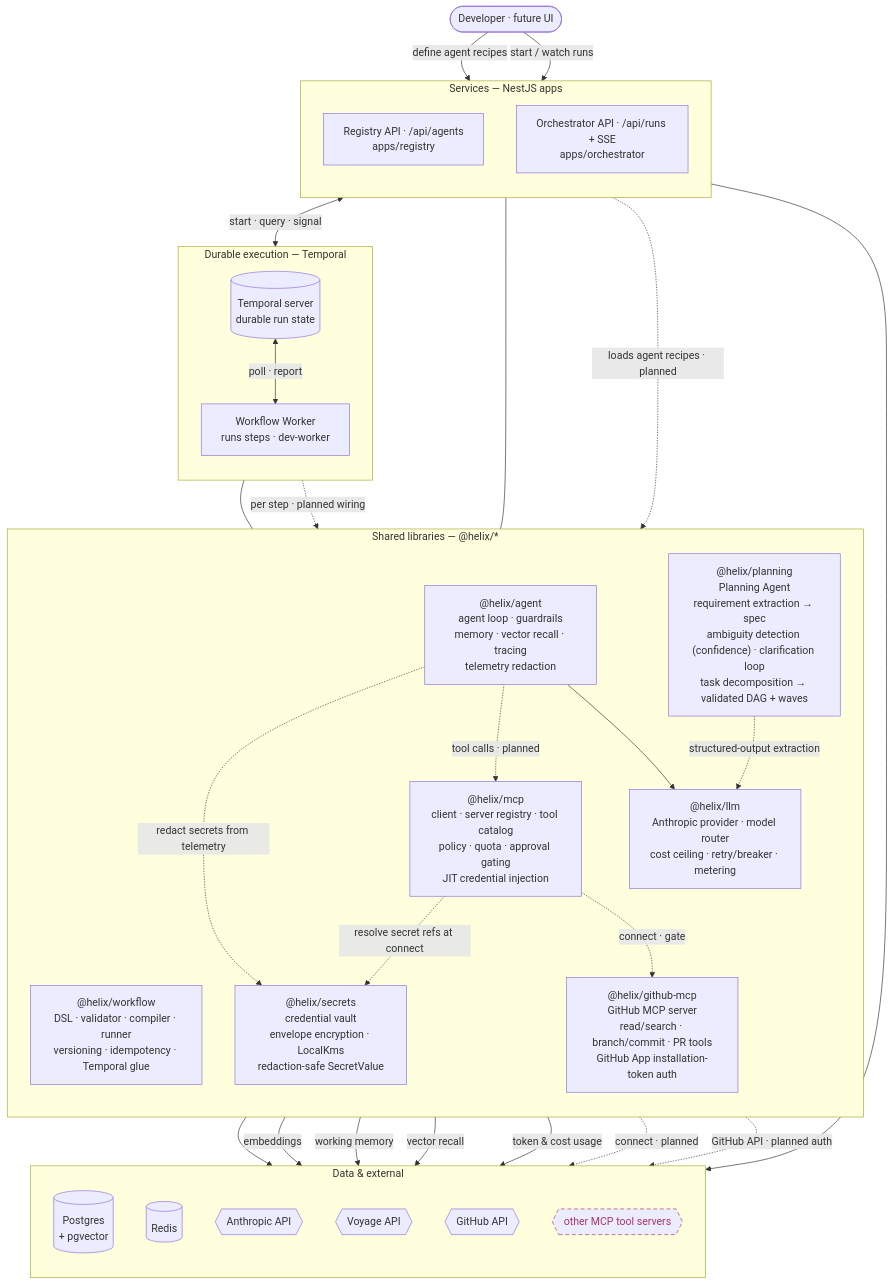
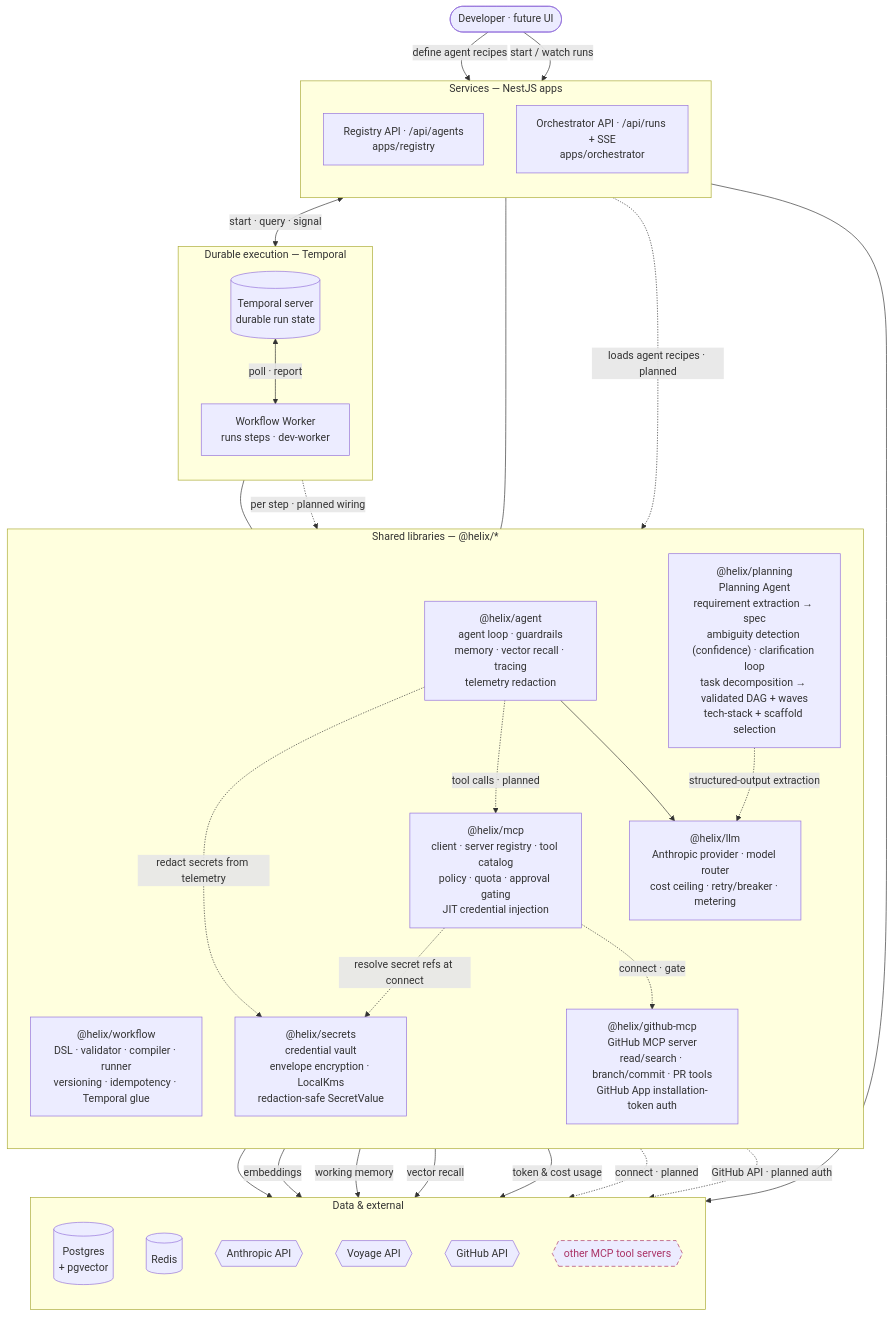
One commit to shhashhank/helix changed the first of 2 diagrams in docs/ARCHITECTURE.md. Above: the diagram before and after it, drawn with Mermaid. The commit also changed 4 other files, not shown here.

First line of the commit message:
HELIX-98: tech-stack / scaffold selection (#59)

````diff
--- a/docs/ARCHITECTURE.md
+++ b/docs/ARCHITECTURE.md
@@ -16,63 +16,63 @@
 ```mermaid
 flowchart TB
   user([Developer · future UI])
 
   subgraph svc["Services — NestJS apps"]
     direction TB
     reg["Registry API · /api/agents<br/>apps/registry"]
     orc["Orchestrator API · /api/runs + SSE<br/>apps/orchestrator"]
   end
 
   subgraph dur["Durable execution — Temporal"]
     direction TB
     tmp[("Temporal server<br/>durable run state")]
     wkr["Workflow Worker<br/>runs steps · dev-worker"]
   end
 
   subgraph lib["Shared libraries — @helix/*"]
     direction TB
     wf["@helix/workflow<br/>DSL · validator · compiler · runner<br/>versioning · idempotency · Temporal glue"]
     ag["@helix/agent<br/>agent loop · guardrails<br/>memory · vector recall · tracing<br/>telemetry redaction"]
     lm["@helix/llm<br/>Anthropic provider · model router<br/>cost ceiling · retry/breaker · metering"]
     mc["@helix/mcp<br/>client · server registry · tool catalog<br/>policy · quota · approval gating<br/>JIT credential injection"]
     gh["@helix/github-mcp<br/>GitHub MCP server<br/>read/search · branch/commit · PR tools<br/>GitHub App installation-token auth"]
     sec["@helix/secrets<br/>credential vault<br/>envelope encryption · LocalKms<br/>redaction-safe SecretValue"]
-    pl["@helix/planning<br/>Planning Agent<br/>requirement extraction → spec<br/>ambiguity detection (confidence) · clarification loop<br/>task decomposition → validated DAG + waves"]
+    pl["@helix/planning<br/>Planning Agent<br/>requirement extraction → spec<br/>ambiguity detection (confidence) · clarification loop<br/>task decomposition → validated DAG + waves<br/>tech-stack + scaffold selection"]
   end
 
   subgraph dat["Data & external"]
     direction TB
     pg[("Postgres<br/>+ pgvector")]
     rd[("Redis")]
     an{{Anthropic API}}
     vo{{Voyage API}}
     gha{{GitHub API}}
     ext{{other MCP tool servers}}
   end
 
   user -->|define agent recipes| reg
   user -->|start / watch runs| orc
   reg --> pg
   orc <-->|start · query · signal| tmp
   tmp <-->|poll · report| wkr
   wkr --- wf
   orc --- wf
   wkr -.->|per step · planned wiring| ag
   reg -.->|loads agent recipes · planned| ag
   ag --> lm
   ag -.->|tool calls · planned| mc
   lm --> an
   ag -->|embeddings| vo
   ag -->|working memory| rd
   ag -->|vector recall| pg
   lm -->|token & cost usage| pg
   mc -.->|connect · gate| gh
   mc -.->|connect · planned| ext
   mc -.->|resolve secret refs at connect| sec
   ag -.->|redact secrets from telemetry| sec
   pl -.->|structured-output extraction| lm
   gh -.->|GitHub API · planned auth| gha
 
   classDef planned stroke-dasharray:6 4,stroke:#a36,color:#a36;
   class ext planned;
 ```
````
